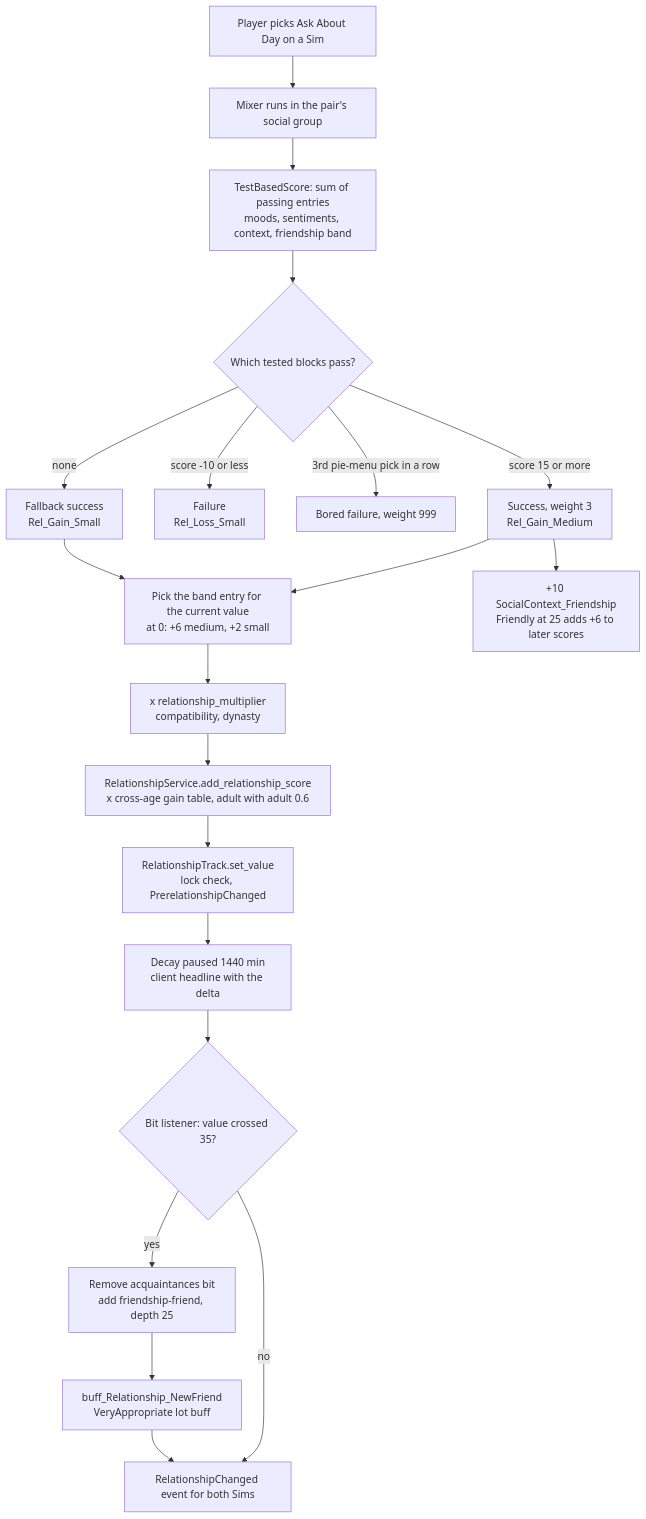
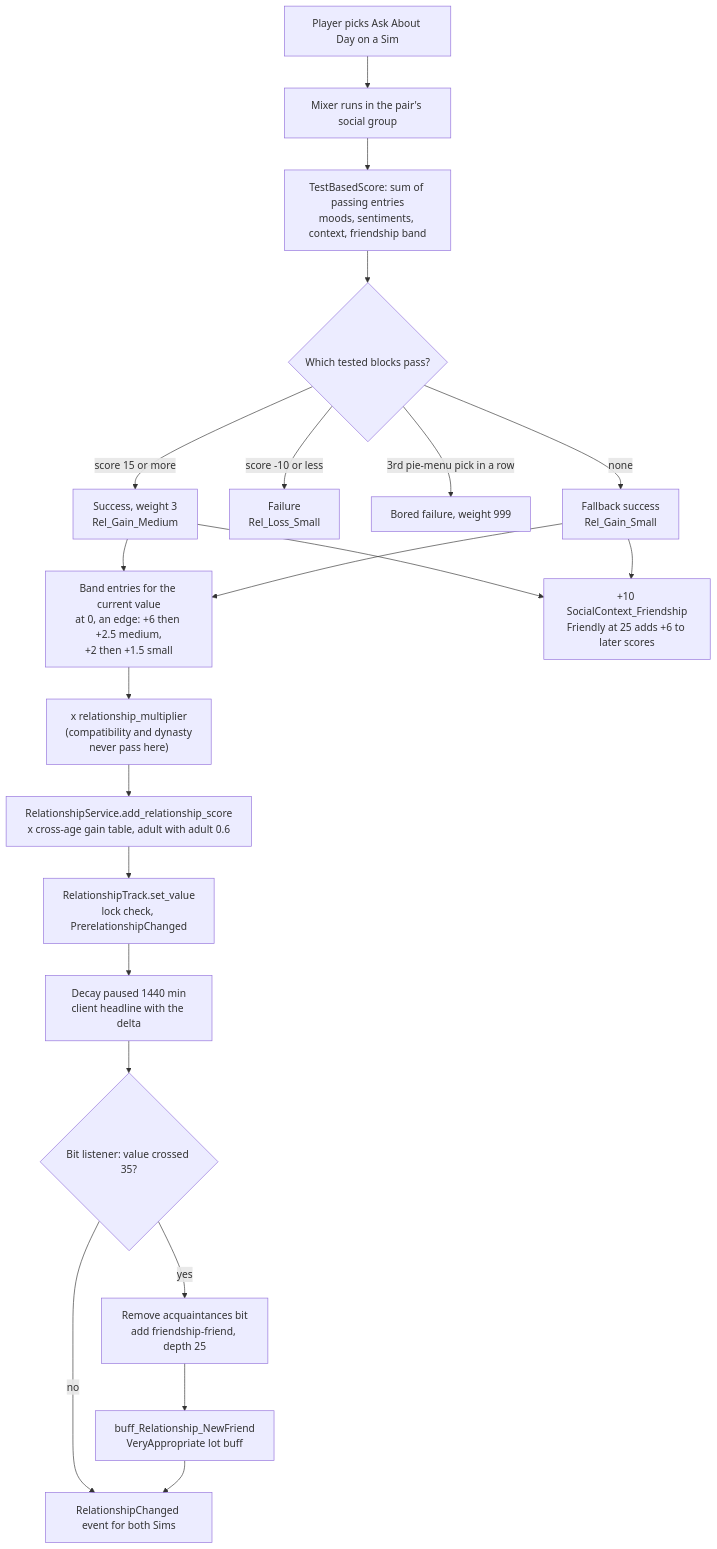
Before and after one commit to sudo-ezekiel/how-the-sims-4-works: the first of 3 diagrams in src/3.08-relationships-socials.md, drawn with Mermaid. The commit also changed other lines of this file and 60 other files, not shown here.

````diff
--- a/src/3.08-relationships-socials.md
+++ b/src/3.08-relationships-socials.md
@@ -416,22 +459,23 @@
 ```mermaid
 flowchart TD
     A["Player picks Ask About Day on a Sim"] --> B["Mixer runs in the pair's social group"]
     B --> C["TestBasedScore: sum of passing entries<br/>moods, sentiments, context, friendship band"]
     C --> D{"Which tested blocks pass?"}
     D -->|"score 15 or more"| E["Success, weight 3<br/>Rel_Gain_Medium"]
     D -->|"score -10 or less"| F["Failure<br/>Rel_Loss_Small"]
     D -->|"3rd pie-menu pick in a row"| G["Bored failure, weight 999"]
     D -->|"none"| H["Fallback success<br/>Rel_Gain_Small"]
-    E --> I["Pick the band entry for the current value<br/>at 0: +6 medium, +2 small"]
+    E --> I["Band entries for the current value<br/>at 0, an edge: +6 then +2.5 medium,<br/>+2 then +1.5 small"]
     H --> I
-    I --> J["x relationship_multiplier<br/>compatibility, dynasty"]
+    I --> J["x relationship_multiplier<br/>(compatibility and dynasty<br/>never pass here)"]
     J --> K["RelationshipService.add_relationship_score<br/>x cross-age gain table, adult with adult 0.6"]
     K --> L["RelationshipTrack.set_value<br/>lock check, PrerelationshipChanged"]
     L --> M["Decay paused 1440 min<br/>client headline with the delta"]
     M --> N{"Bit listener: value crossed 35?"}
     N -->|"yes"| O["Remove acquaintances bit<br/>add friendship-friend, depth 25"]
     O --> P["buff_Relationship_NewFriend<br/>VeryAppropriate lot buff"]
     N -->|"no"| Q["RelationshipChanged event for both Sims"]
     P --> Q
     E --> R["+10 SocialContext_Friendship<br/>Friendly at 25 adds +6 to later scores"]
+    H --> R
 ```
````
